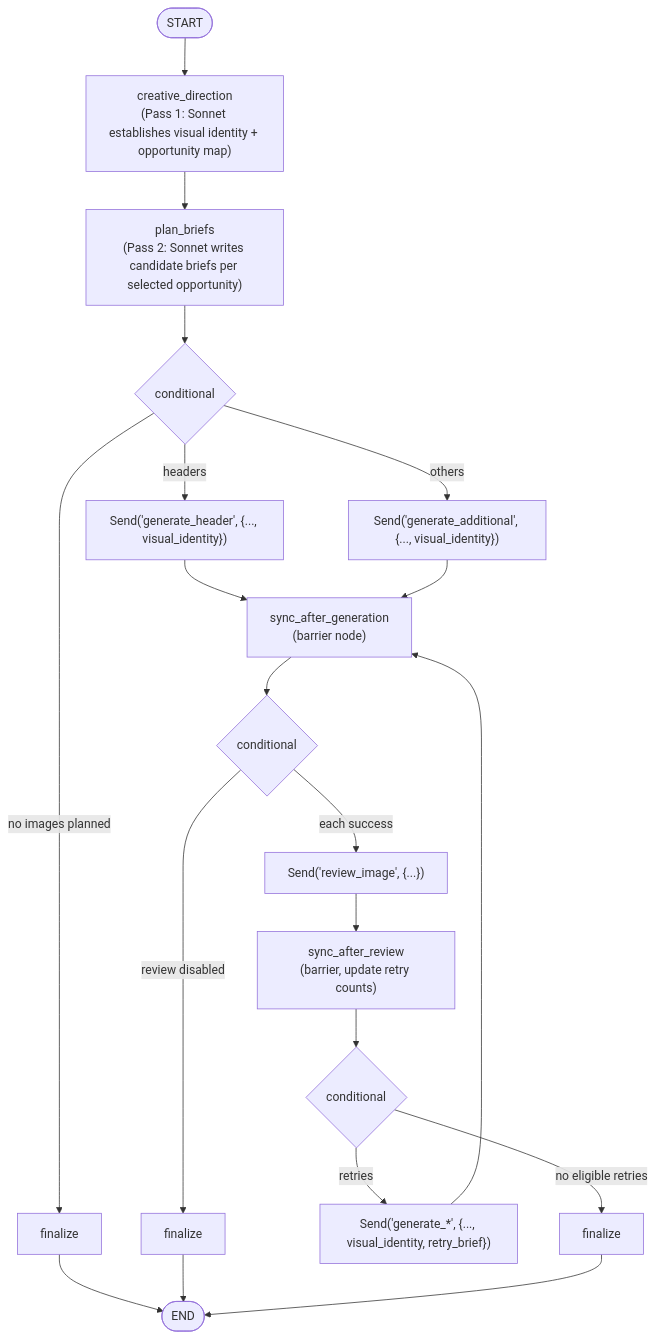
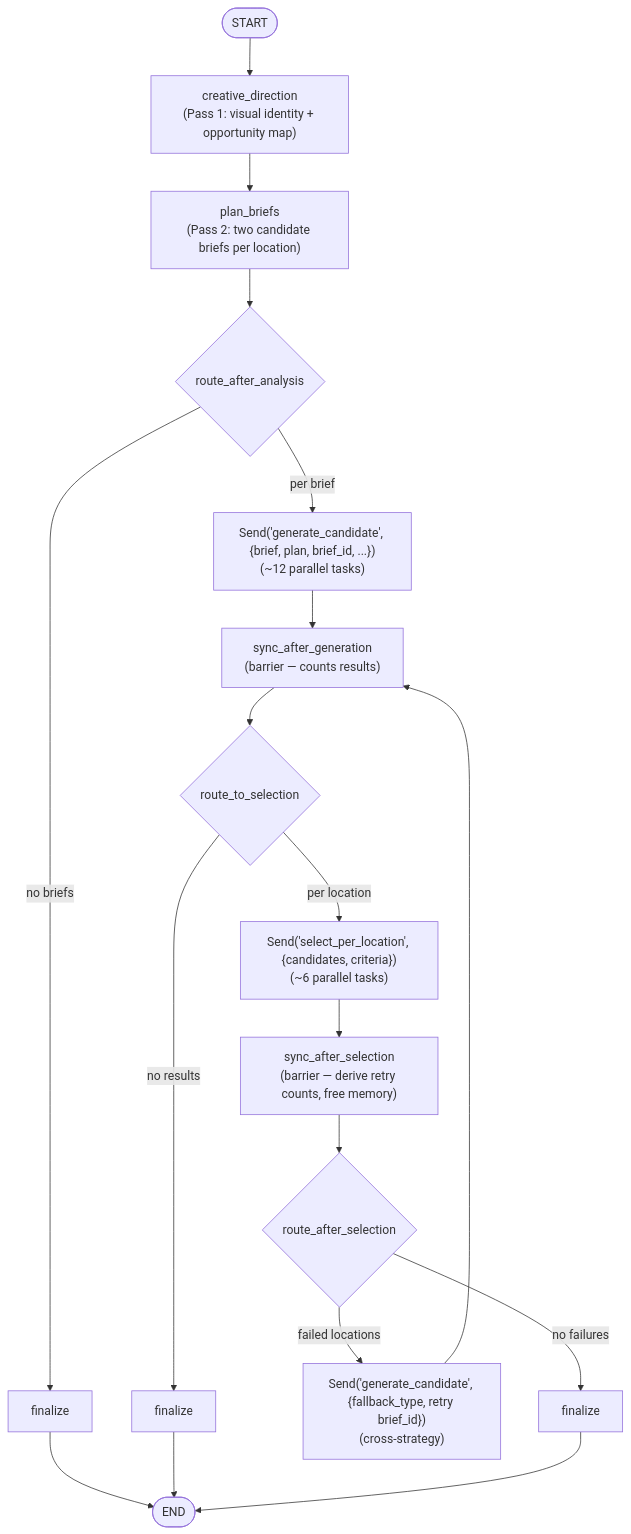
One commit to DaveCBeck/thala changed the first of 2 diagrams in docs/patterns/langgraph/document-illustration-workflow.md. Above: the diagram before and after it, drawn with Mermaid. The commit also changed other lines of this file and 4 other files, not shown here.

First line of the commit message:
docs(illustrate): add and update pattern docs for over-generation architecture

````diff
--- a/docs/patterns/langgraph/document-illustration-workflow.md
+++ b/docs/patterns/langgraph/document-illustration-workflow.md
@@ -53,23 +52,21 @@
 ```mermaid
 graph TD
     START([START])
-    START --> creative_direction["creative_direction<br/>(Pass 1: Sonnet establishes visual identity + opportunity map)"]
-    creative_direction --> plan_briefs["plan_briefs<br/>(Pass 2: Sonnet writes candidate briefs per selected opportunity)"]
-    plan_briefs --> conditional1{conditional}
-    conditional1 -->|headers| generate_header["Send('generate_header', {..., visual_identity})"]
-    conditional1 -->|others| generate_additional["Send('generate_additional', {..., visual_identity})"]
-    conditional1 -->|no images planned| finalize1[finalize]
-    generate_header --> sync_after_generation["sync_after_generation<br/>(barrier node)"]
-    generate_additional --> sync_after_generation
-    sync_after_generation --> conditional2{conditional}
-    conditional2 -->|each success| review_image["Send('review_image', {...})"]
-    conditional2 -->|review disabled| finalize2[finalize]
-    review_image --> sync_after_review["sync_after_review<br/>(barrier, update retry counts)"]
-    sync_after_review --> conditional3{conditional}
-    conditional3 -->|retries| generate_retry["Send('generate_*', {..., visual_identity, retry_brief})"]
-    conditional3 -->|no eligible retries| finalize3[finalize]
-    generate_retry --> sync_after_generation
+    START --> creative_direction["creative_direction<br/>(Pass 1: visual identity + opportunity map)"]
+    creative_direction --> plan_briefs["plan_briefs<br/>(Pass 2: two candidate briefs per location)"]
+    plan_briefs --> conditional1{route_after_analysis}
+    conditional1 -->|per brief| generate_candidate["Send('generate_candidate', {brief, plan, brief_id, ...})<br/>(~12 parallel tasks)"]
+    conditional1 -->|no briefs| finalize1[finalize]
+    generate_candidate --> sync_after_generation["sync_after_generation<br/>(barrier — counts results)"]
+    sync_after_generation --> conditional2{route_to_selection}
+    conditional2 -->|per location| select_per_location["Send('select_per_location', {candidates, criteria})<br/>(~6 parallel tasks)"]
+    conditional2 -->|no results| finalize2[finalize]
+    select_per_location --> sync_after_selection["sync_after_selection<br/>(barrier — derive retry counts, free memory)"]
+    sync_after_selection --> conditional3{route_after_selection}
+    conditional3 -->|failed locations| generate_candidate_retry["Send('generate_candidate', {fallback_type, retry brief_id})<br/>(cross-strategy)"]
+    conditional3 -->|no failures| finalize3[finalize]
+    generate_candidate_retry --> sync_after_generation
     finalize1 --> END([END])
     finalize2 --> END
     finalize3 --> END
 ```
````
